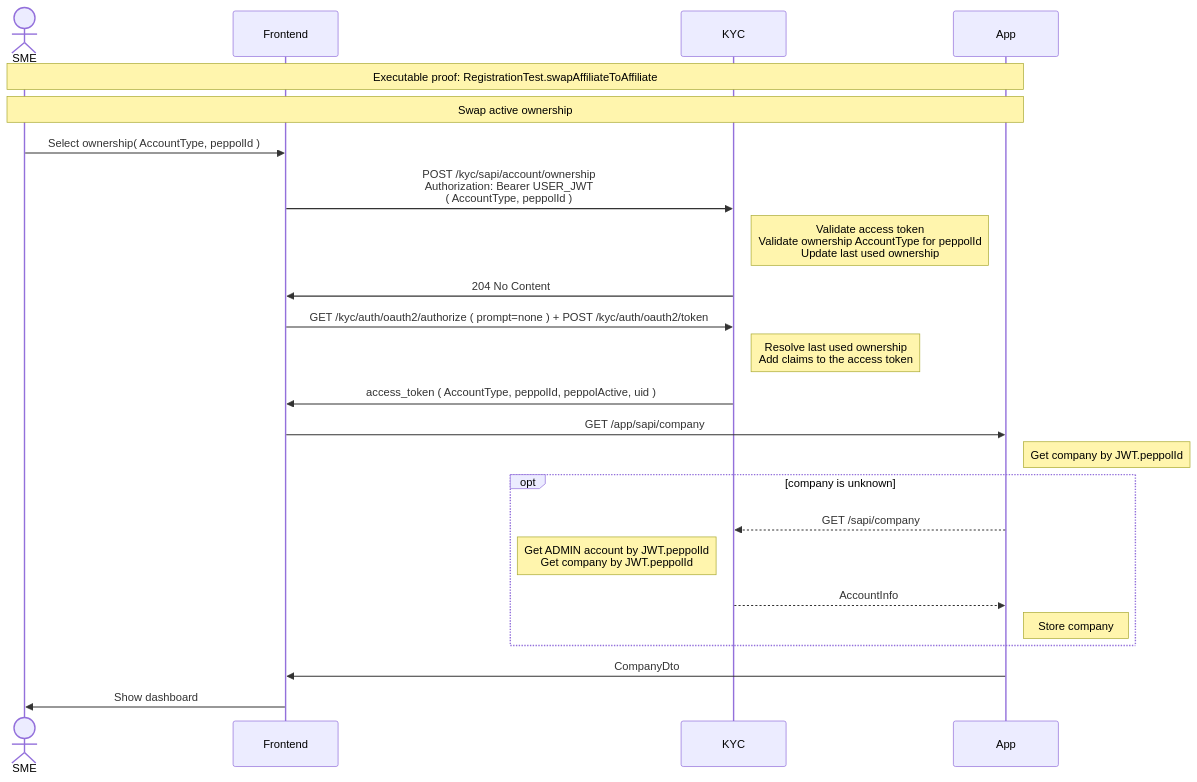
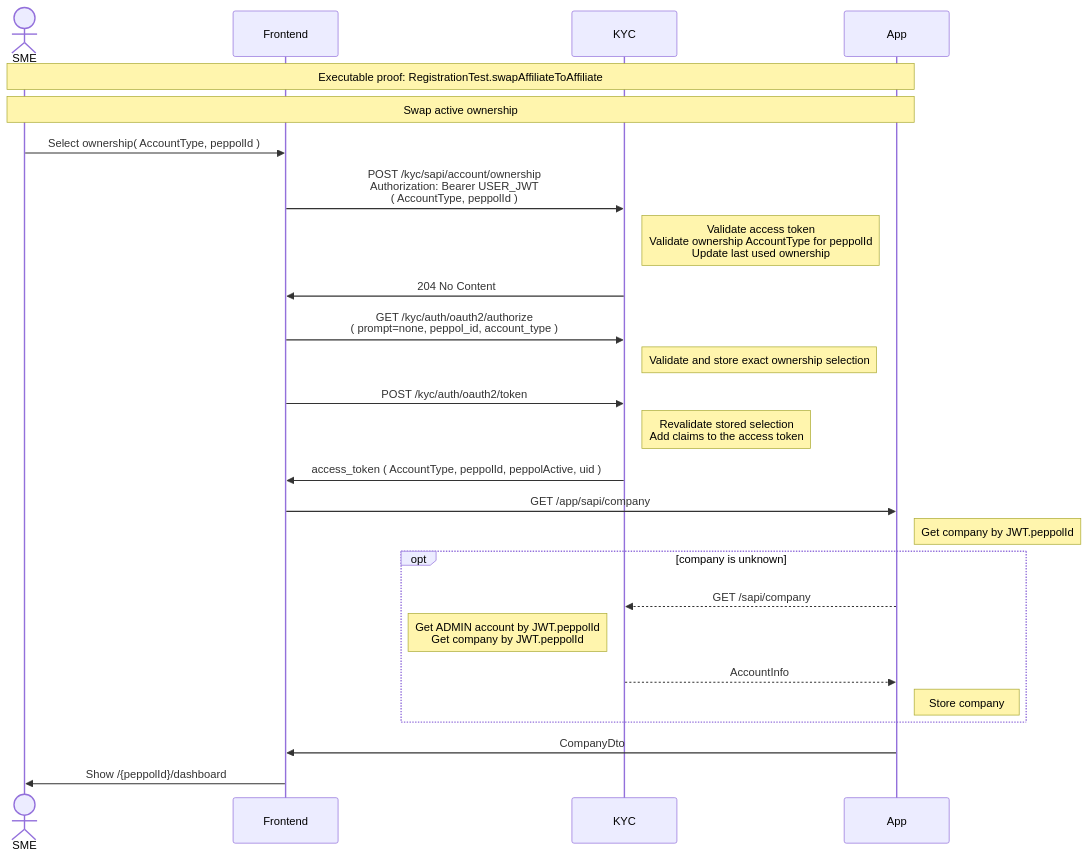
Before and after one commit to letspeppol/letspeppol: the diagram in readme/swap.md, drawn with Mermaid. The commit also changed other lines of this file and 29 other files, not shown here.

````diff
--- a/readme/swap.md
+++ b/readme/swap.md
@@ -12,28 +14,30 @@
 ```mermaid
 sequenceDiagram
     actor SME as SME
     participant Frontend as Frontend
     participant KYC as KYC
     participant App as App
 
     Note over SME, App: Executable proof: RegistrationTest.swapAffiliateToAffiliate
 
 Note over SME, App: Swap active ownership
     SME ->> Frontend: Select ownership( AccountType, peppolId )
     Frontend ->> KYC: POST /kyc/sapi/account/ownership <br> Authorization: Bearer USER_JWT <br> ( AccountType, peppolId )
     Note right of KYC: Validate access token <br> Validate ownership AccountType for peppolId <br> Update last used ownership
     KYC ->> Frontend: 204 No Content
-    Frontend ->> KYC: GET /kyc/auth/oauth2/authorize ( prompt=none ) + POST /kyc/auth/oauth2/token
-    Note right of KYC: Resolve last used ownership <br> Add claims to the access token
+    Frontend ->> KYC: GET /kyc/auth/oauth2/authorize <br> ( prompt=none, peppol_id, account_type )
+    Note right of KYC: Validate and store exact ownership selection
+    Frontend ->> KYC: POST /kyc/auth/oauth2/token
+    Note right of KYC: Revalidate stored selection <br> Add claims to the access token
     KYC ->> Frontend: access_token ( AccountType, peppolId, peppolActive, uid )
     Frontend ->> App: GET /app/sapi/company
     Note right of App: Get company by JWT.peppolId
     opt company is unknown
         App -->> KYC: GET /sapi/company
         Note left of KYC: Get ADMIN account by JWT.peppolId <br> Get company by JWT.peppolId
         KYC -->> App: AccountInfo
         Note right of App: Store company
     end
     App ->> Frontend: CompanyDto
-    Frontend ->> SME: Show dashboard
+    Frontend ->> SME: Show /{peppolId}/dashboard
 ```
````
